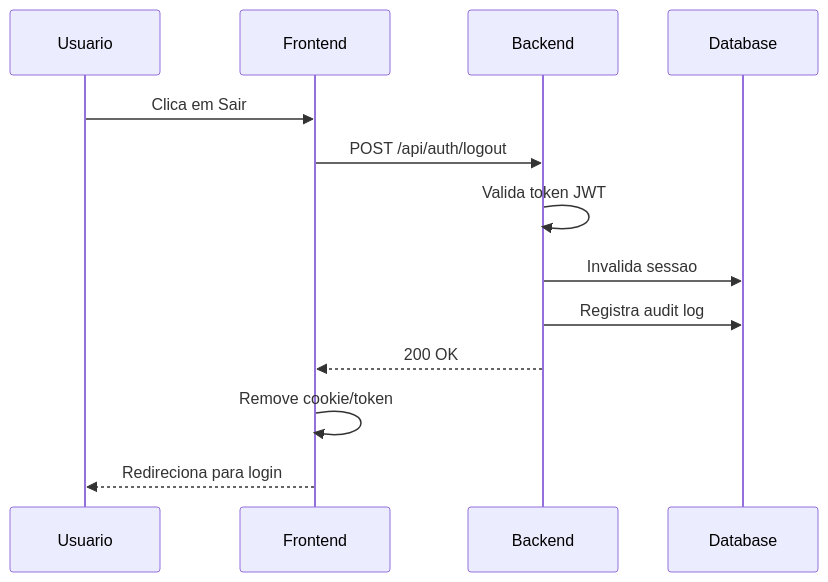
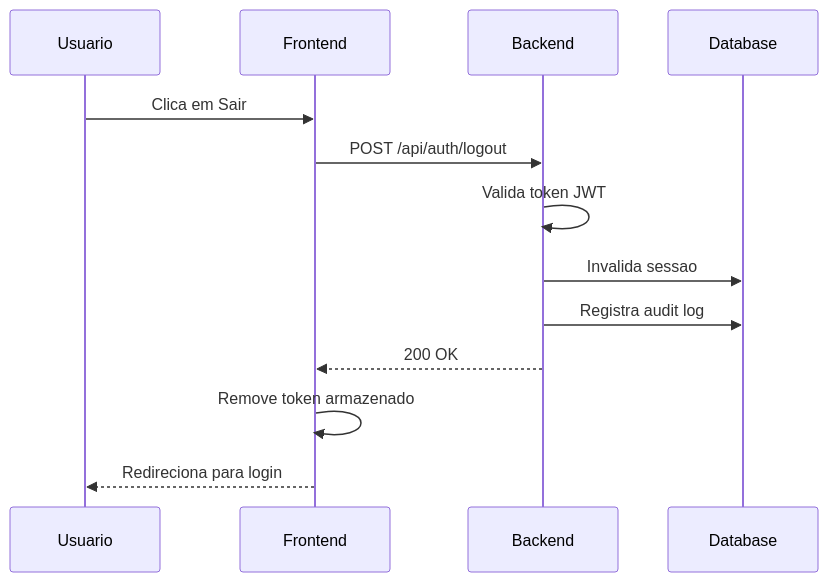
The second of 3 diagrams in plans/autenticacao-homefinance.md (lopestd/homefinance), drawn with Mermaid before and after one commit. The commit also changed other lines of this file and 9 other files, not shown here.

````diff
--- a/plans/autenticacao-homefinance.md
+++ b/plans/autenticacao-homefinance.md
@@ -172,16 +172,16 @@
 ```mermaid
 sequenceDiagram
     participant U as Usuario
     participant F as Frontend
     participant B as Backend
     participant DB as Database
 
     U->>F: Clica em Sair
     F->>B: POST /api/auth/logout
     B->>B: Valida token JWT
     B->>DB: Invalida sessao
     B->>DB: Registra audit log
     B-->>F: 200 OK
-    F->>F: Remove cookie/token
+    F->>F: Remove token armazenado
     F-->>U: Redireciona para login
 ```
````
